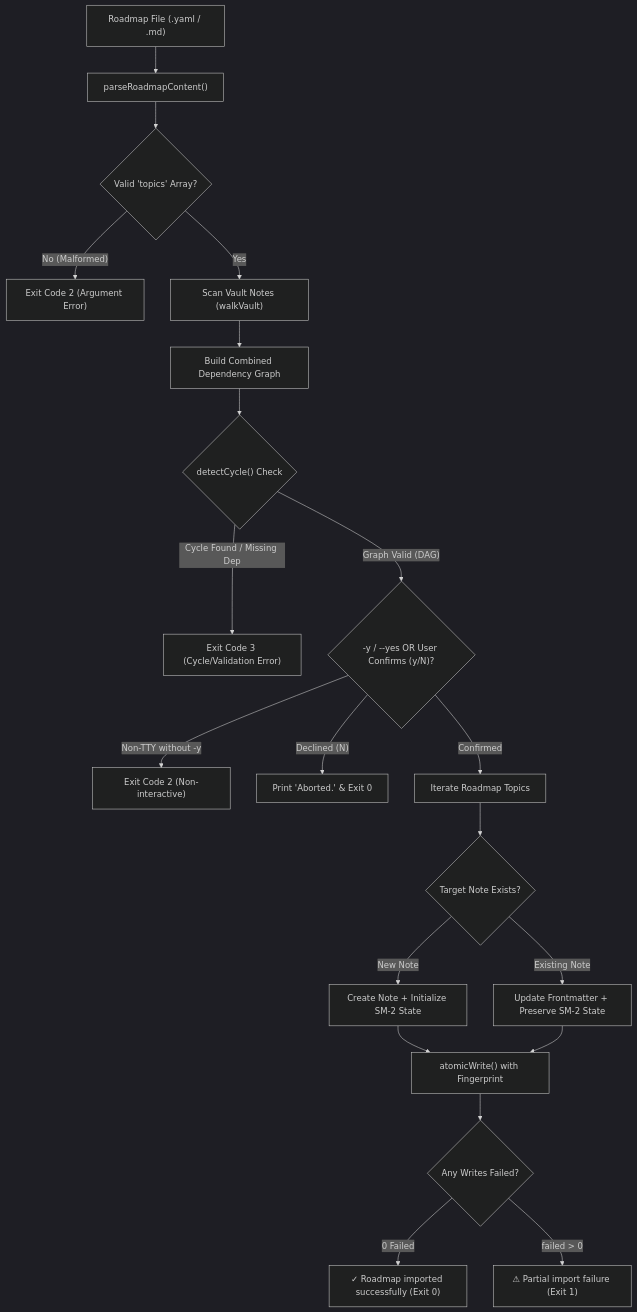
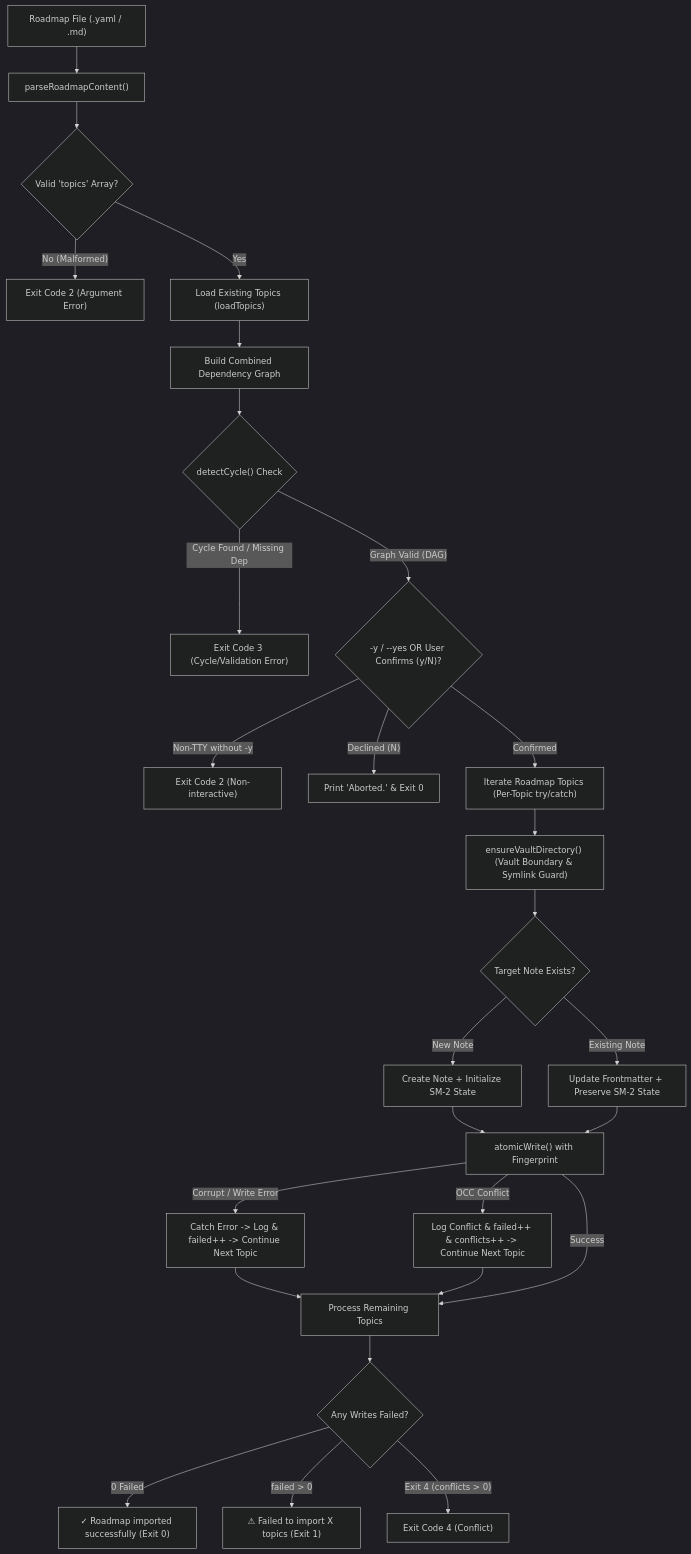
Before and after one commit to Kuldeep2822k/cli: the second of 2 diagrams in docs/02-1-topic-management-commands.md, drawn with Mermaid (dark theme). The commit also changed other lines of this file and 51 other files, not shown here.

````diff
--- a/docs/02-1-topic-management-commands.md
+++ b/docs/02-1-topic-management-commands.md
@@ -220,27 +231,35 @@
 ```mermaid
 flowchart TD
     RoadmapFile["Roadmap File (.yaml / .md)"] --> Parser["parseRoadmapContent()"]
     Parser --> ValidStruct{"Valid 'topics' Array?"}
     
     ValidStruct -->|"No (Malformed)"| ErrStruct["Exit Code 2 (Argument Error)"]
-    ValidStruct -->|"Yes"| WalkExisting["Scan Vault Notes (walkVault)"]
+    ValidStruct -->|"Yes"| LoadExisting["Load Existing Topics (loadTopics)"]
     
-    WalkExisting --> GraphBuild["Build Combined Dependency Graph"]
+    LoadExisting --> GraphBuild["Build Combined Dependency Graph"]
     GraphBuild --> CycleCheck{"detectCycle() Check"}
     
     CycleCheck -->|"Cycle Found / Missing Dep"| ErrCycle["Exit Code 3 (Cycle/Validation Error)"]
     CycleCheck -->|"Graph Valid (DAG)"| PromptCheck{"-y / --yes OR User Confirms (y/N)?"}
     
     PromptCheck -->|"Non-TTY without -y"| ErrTTY["Exit Code 2 (Non-interactive)"]
     PromptCheck -->|"Declined (N)"| Abort["Print 'Aborted.' & Exit 0"]
-    PromptCheck -->|"Confirmed"| ImportLoop["Iterate Roadmap Topics"]
+    PromptCheck -->|"Confirmed"| ImportLoop["Iterate Roadmap Topics (Per-Topic try/catch)"]
     
-    ImportLoop --> PathCheck{"Target Note Exists?"}
+    ImportLoop --> DirCheck["ensureVaultDirectory() (Vault Boundary & Symlink Guard)"]
+    DirCheck --> PathCheck{"Target Note Exists?"}
     PathCheck -->|"New Note"| CreateNote["Create Note + Initialize SM-2 State"]
     PathCheck -->|"Existing Note"| UpdateNote["Update Frontmatter + Preserve SM-2 State"]
     
     CreateNote & UpdateNote --> AtomicOp["atomicWrite() with Fingerprint"]
-    AtomicOp --> FinalResult{"Any Writes Failed?"}
+    AtomicOp -->|"Corrupt / Write Error"| CatchErr["Catch Error -> Log & failed++ -> Continue Next Topic"]
+    AtomicOp -->|"OCC Conflict"| CatchOCC["Log Conflict & failed++ & conflicts++ -> Continue Next Topic"]
+    CatchErr --> NextTopic["Process Remaining Topics"]
+    CatchOCC --> NextTopic
+    AtomicOp -->|"Success"| NextTopic
+    NextTopic --> FinalResult{"Any Writes Failed?"}
+    
     FinalResult -->|"0 Failed"| Success["✓ Roadmap imported successfully (Exit 0)"]
-    FinalResult -->|"failed > 0"| PartialFail["⚠ Partial import failure (Exit 1)"]
+    FinalResult -->|"failed > 0"| PartialFail["⚠ Failed to import X topics (Exit 1)"]
+    FinalResult -->|"Exit 4 (conflicts > 0)"| ConflictExit["Exit Code 4 (Conflict)"]
 ```
````
